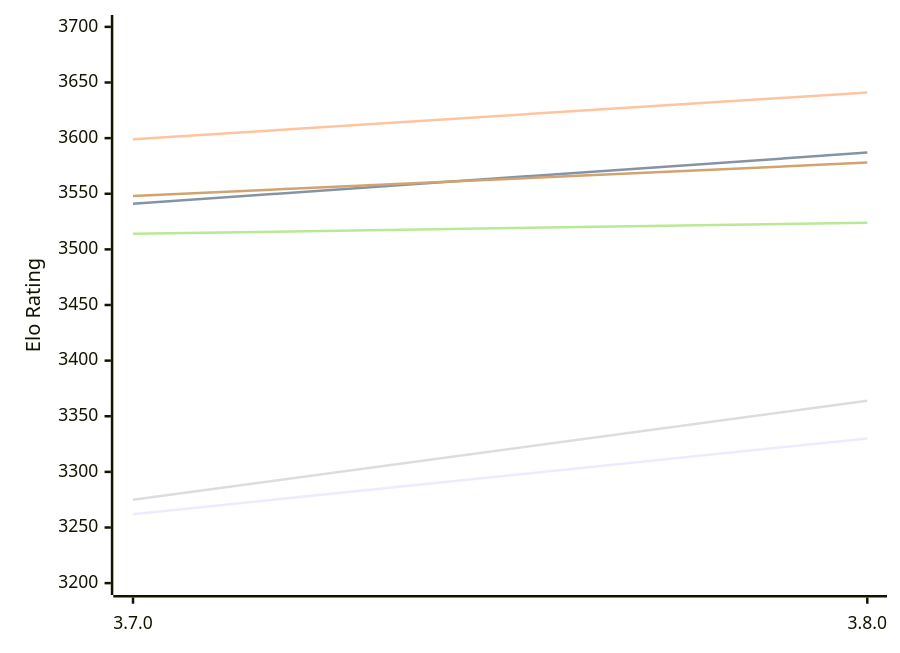
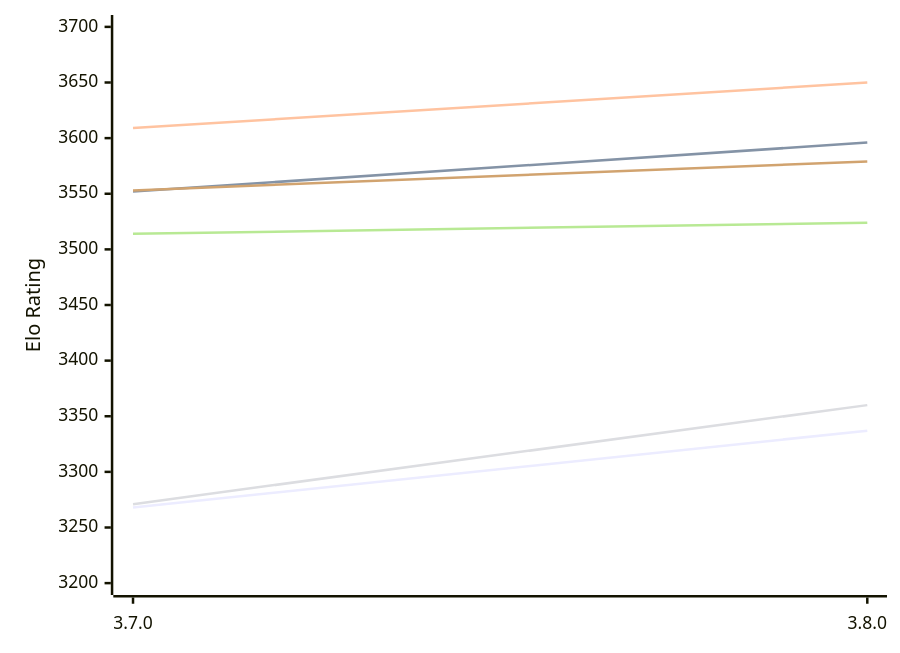
Before and after one commit to computer-chess-index/cci: the first of 2 diagrams in engines/Igel.md, drawn with Mermaid. The commit also changed other lines of this file, not shown here.

Commit message:
Update CCI Ratings (ELO VLTC) - 2026-11-16

````diff
--- a/engines/Igel.md
+++ b/engines/Igel.md
@@ -51,12 +51,12 @@
 ```mermaid
 %%{init: {"theme":"base","themeVariables":{"seriesColors:['#a3a3a3','#222221','#faa371']}}}%%
 xychart-beta
   x-axis ["3.7.0", "3.8.0"]
   y-axis "Elo Rating" 3200 --> 3700
-  line "E1: STC (8.0+0.08s)" [3262, 3330]
-  line "E1: LTC (60.0+0.60s)" [3541, 3587]
-  line "E1: VLTC (2m24s+1.12s)" [3599, 3641]
-  line "P1: STC (8.0+0.08s)" [3275, 3364]
+  line "E1: STC (8.0+0.08s)" [3268, 3337]
+  line "E1: LTC (60.0+0.60s)" [3552, 3596]
+  line "E1: VLTC (2m24s+1.12s)" [3609, 3650]
+  line "P1: STC (8.0+0.08s)" [3271, 3360]
   line "P1: LTC (60.0+0.60s)" [3514, 3524]
-  line "P1: VLTC (2m24s+1.12s)" [3548, 3578]
+  line "P1: VLTC (2m24s+1.12s)" [3553, 3579]
 ```
````
